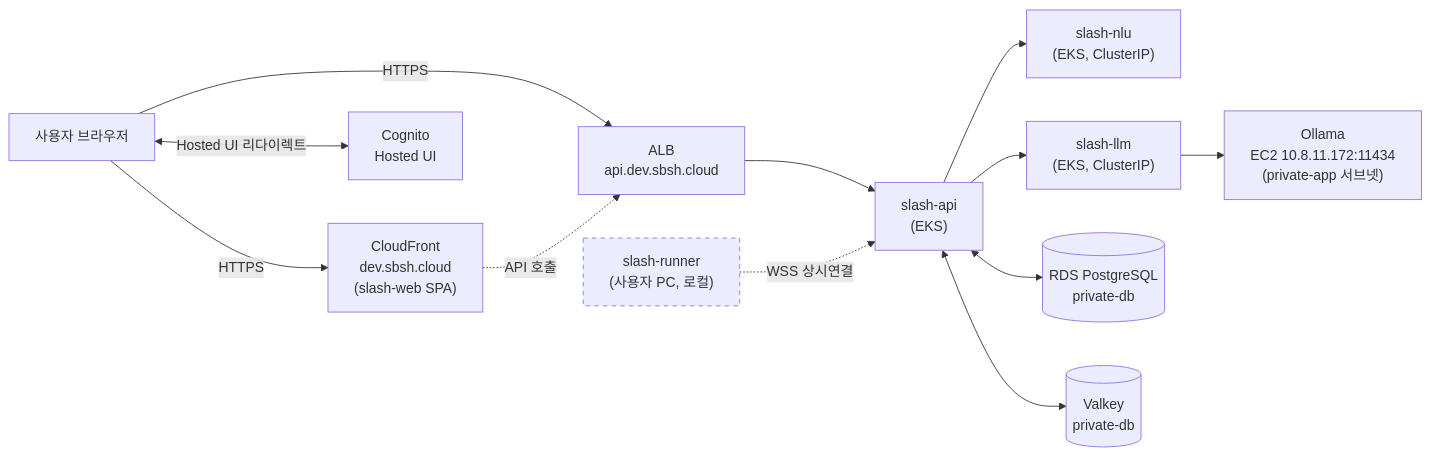
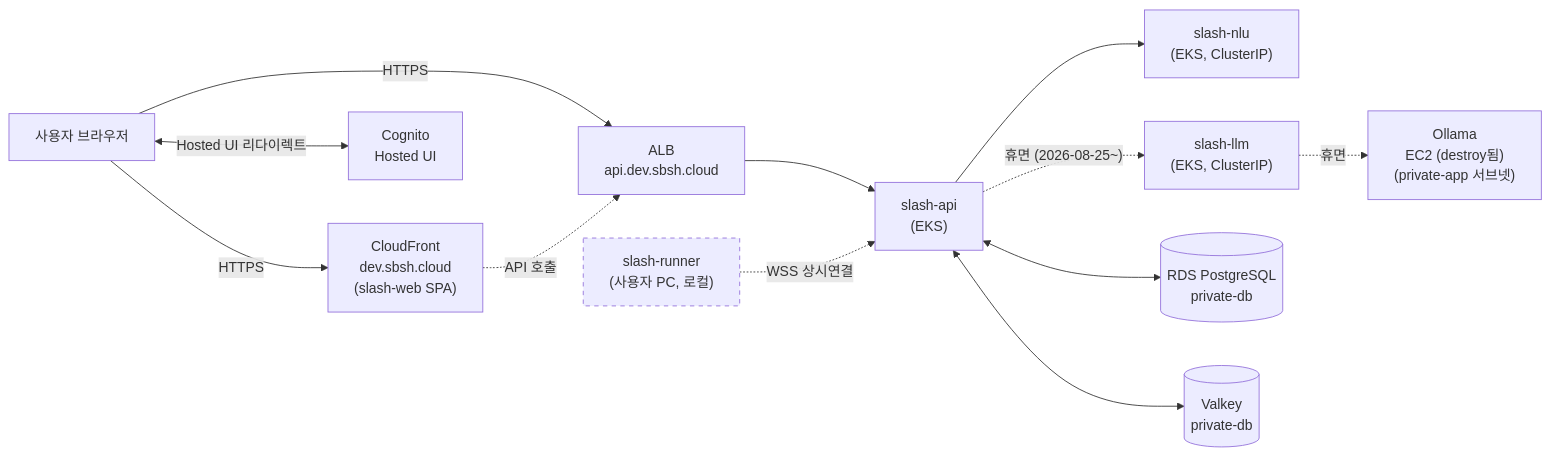
One commit to LikeLionTeam4/slash-infra changed the first of 4 diagrams in docs/user-flow.md. Above: the diagram before and after it, drawn with Mermaid. The commit also changed other lines of this file and 6 other files, not shown here.

````diff
--- a/docs/user-flow.md
+++ b/docs/user-flow.md
@@ -13,16 +13,16 @@
 ```mermaid
 flowchart LR
     U["사용자 브라우저"] -->|HTTPS| CF["CloudFront\ndev.sbsh.cloud\n(slash-web SPA)"]
     U -->|HTTPS| ALB["ALB\napi.dev.sbsh.cloud"]
     CF -.->|API 호출| ALB
     U <-->|Hosted UI 리다이렉트| COG["Cognito\nHosted UI"]
     ALB --> API["slash-api\n(EKS)"]
     API --> NLU["slash-nlu\n(EKS, ClusterIP)"]
-    API --> LLM["slash-llm\n(EKS, ClusterIP)"]
-    LLM --> OLLAMA["Ollama\nEC2 10.8.11.172:11434\n(private-app 서브넷)"]
+    API -.->|"휴면 (2026-08-25~)"| LLM["slash-llm\n(EKS, ClusterIP)"]
+    LLM -.->|휴면| OLLAMA["Ollama\nEC2 (destroy됨)\n(private-app 서브넷)"]
     API <--> RDS[("RDS PostgreSQL\nprivate-db")]
     API <--> VALKEY[("Valkey\nprivate-db")]
     AGENT["slash-runner\n(사용자 PC, 로컬)"] -.WSS 상시연결.-> API
 
     style AGENT stroke-dasharray: 5 5
 ```
````
